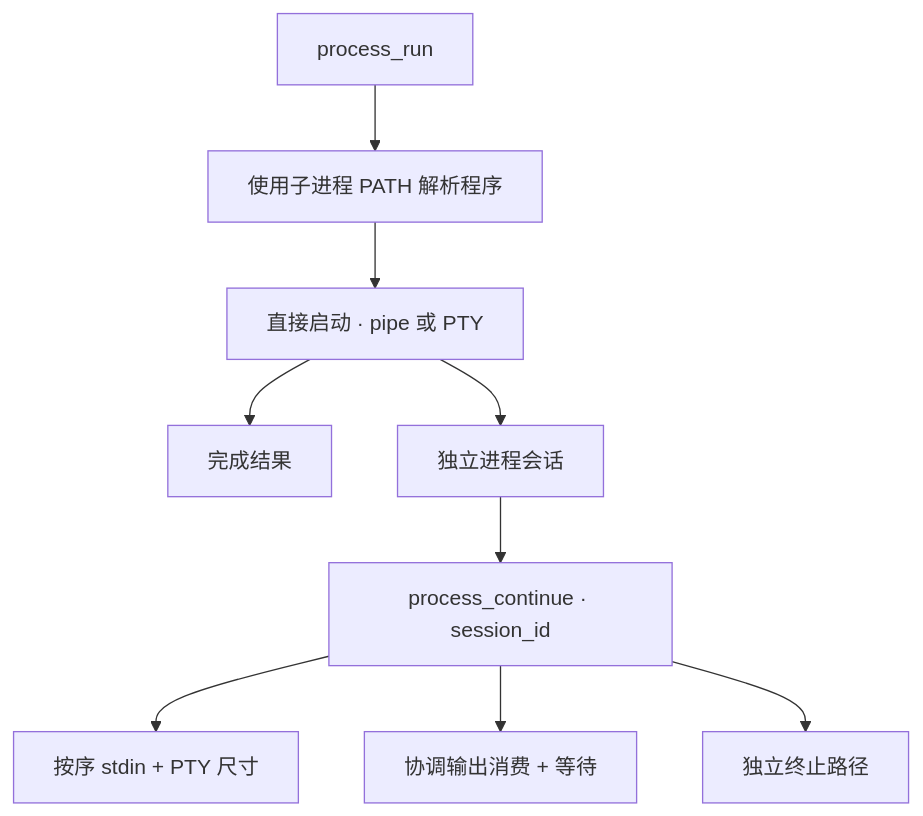
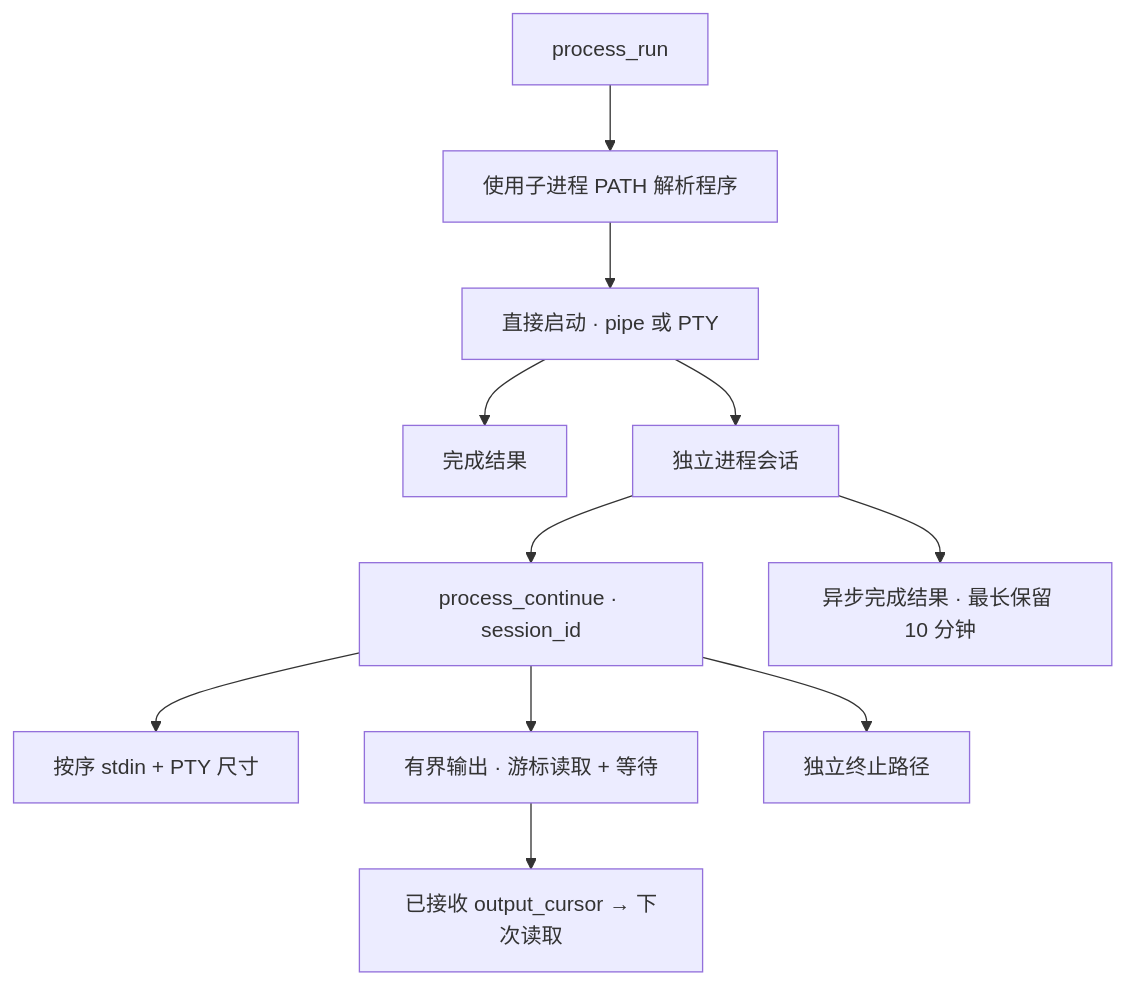
Before and after one commit to hicancan/local-runtime-mcp: the third of 7 diagrams in README.zh-CN.md, drawn with Mermaid. The commit also changed other lines of this file and 24 other files, not shown here.

````diff
--- a/README.zh-CN.md
+++ b/README.zh-CN.md
@@ -125,11 +125,13 @@
 ```mermaid
 flowchart TB
     Run[process_run] --> Resolve[使用子进程 PATH 解析程序]
     Resolve --> Launch[直接启动 · pipe 或 PTY]
     Launch --> Final[完成结果]
     Launch --> Sessions[独立进程会话]
     Sessions --> Continue[process_continue · session_id]
     Continue --> Input[按序 stdin + PTY 尺寸]
-    Continue --> Output[协调输出消费 + 等待]
+    Continue --> Output[有界输出 · 游标读取 + 等待]
+    Output --> Cursor[已接收 output_cursor → 下次读取]
+    Sessions --> Retain[异步完成结果 · 最长保留 10 分钟]
     Continue --> Stop[独立终止路径]
 ```
````
